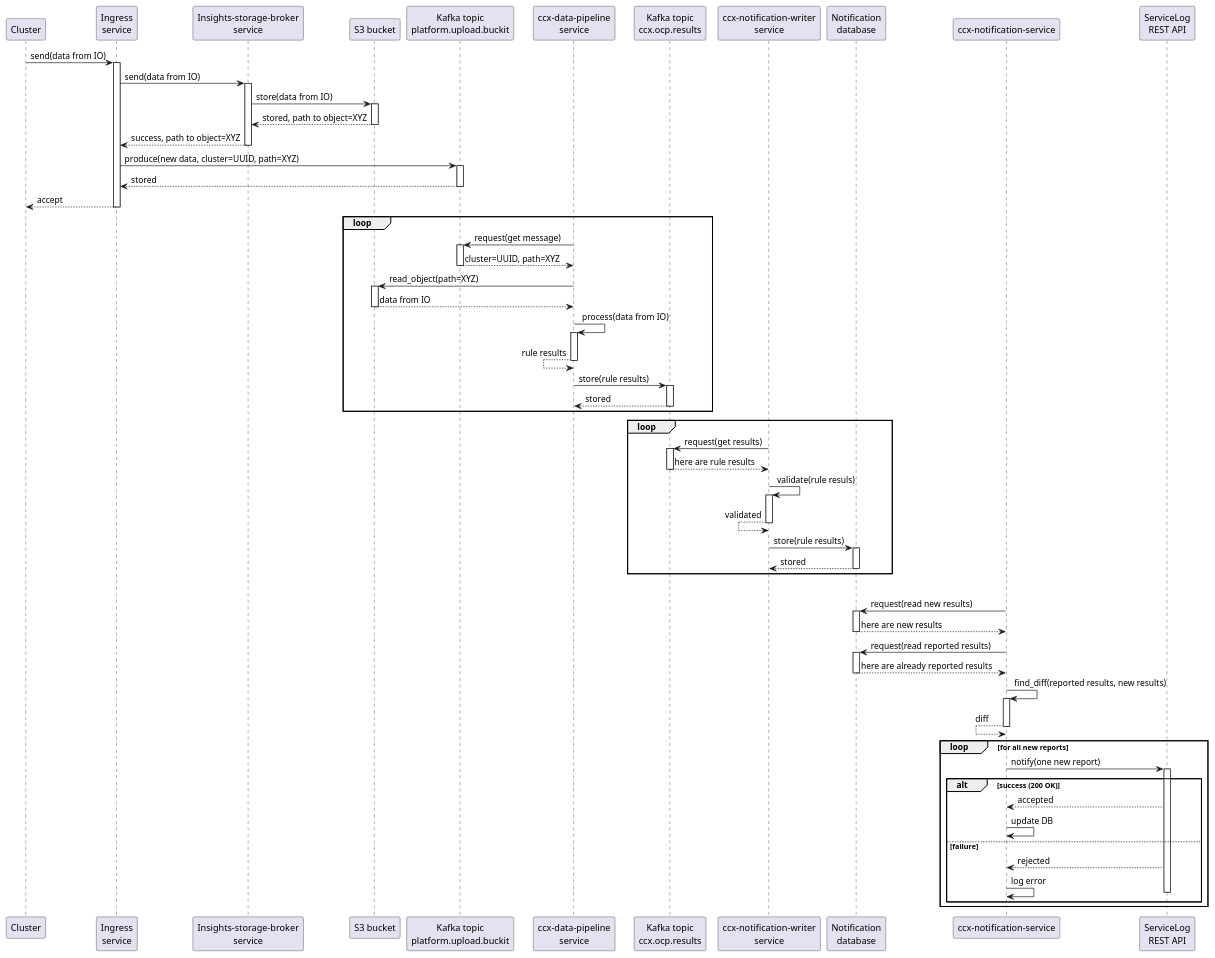
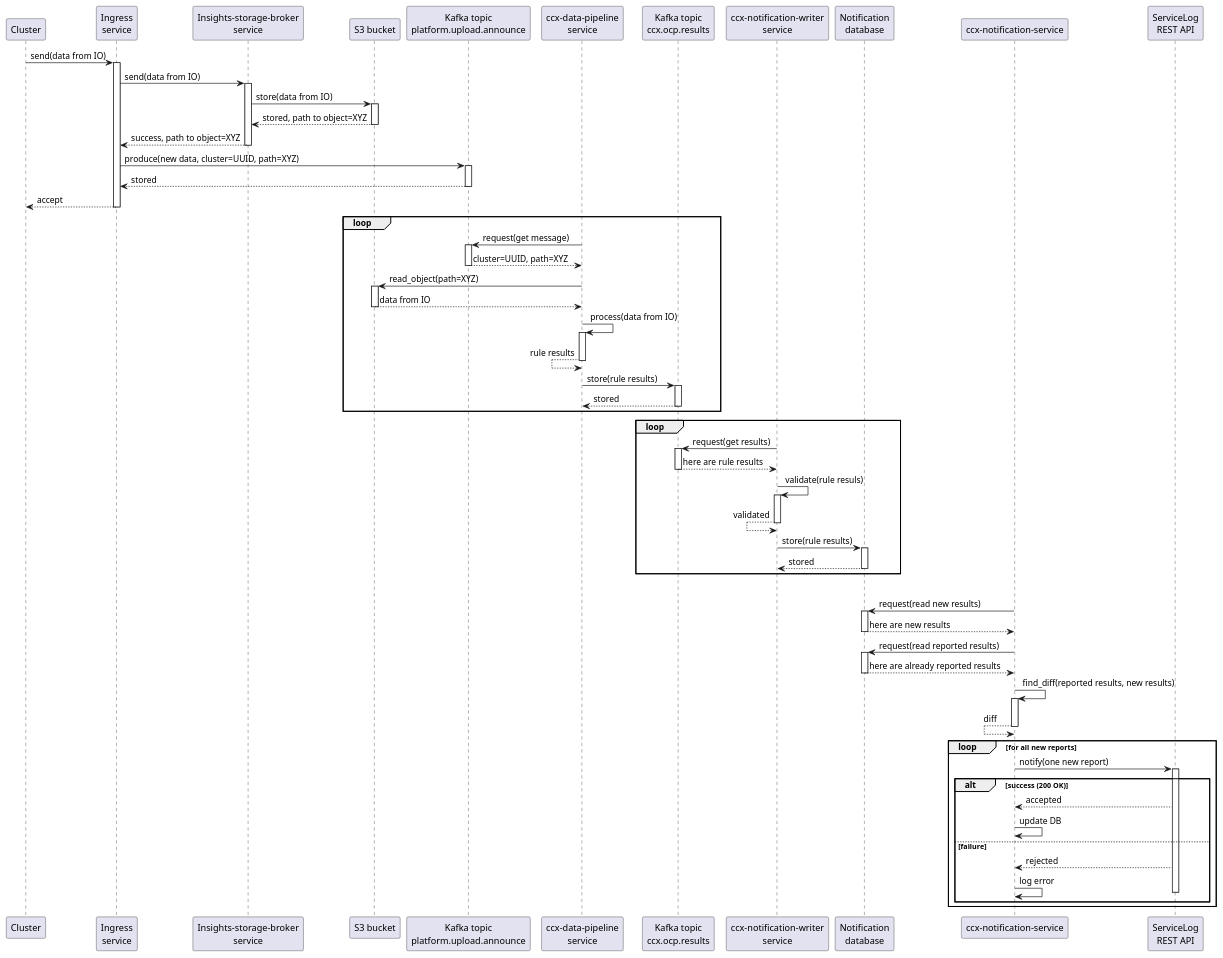
One commit to RedHatInsights/ccx-notification-service changed the diagram in docs/sequence_diagram_service_log.puml. Above: the diagram before and after it, drawn with PlantUML. The commit also changed 14 other files, not shown here.

Commit message:
Upload references to platform.upload.buckit in docs

```diff
--- a/docs/sequence_diagram_service_log.puml
+++ b/docs/sequence_diagram_service_log.puml
@@ -1,87 +1,87 @@
 @startuml
 participant Cluster
 participant "Ingress\nservice"
 participant "Insights-storage-broker\nservice"
 participant "S3 bucket"
-participant "Kafka topic\nplatform.upload.buckit"
+participant "Kafka topic\nplatform.upload.announce"
 participant "ccx-data-pipeline\nservice"
 participant "Kafka topic\nccx.ocp.results"
 participant "ccx-notification-writer\nservice"
 participant "Notification\ndatabase"
 participant "ccx-notification-service"
 participant "ServiceLog\nREST API"
 
 Cluster -> "Ingress\nservice" : send(data from IO)
 activate "Ingress\nservice"
 "Ingress\nservice" -> "Insights-storage-broker\nservice" : send(data from IO)
 activate "Insights-storage-broker\nservice"
 "Insights-storage-broker\nservice" -> "S3 bucket" : store(data from IO)
 activate "S3 bucket"
 "Insights-storage-broker\nservice" <-- "S3 bucket": stored, path to object=XYZ
 deactivate "S3 bucket"
 "Ingress\nservice" <-- "Insights-storage-broker\nservice": success, path to object=XYZ
 deactivate "Insights-storage-broker\nservice"
-"Ingress\nservice" -> "Kafka topic\nplatform.upload.buckit" : produce(new data, cluster=UUID, path=XYZ)
-activate "Kafka topic\nplatform.upload.buckit"
-"Ingress\nservice" <-- "Kafka topic\nplatform.upload.buckit": stored
-deactivate "Kafka topic\nplatform.upload.buckit"
+"Ingress\nservice" -> "Kafka topic\nplatform.upload.announce" : produce(new data, cluster=UUID, path=XYZ)
+activate "Kafka topic\nplatform.upload.announce"
+"Ingress\nservice" <-- "Kafka topic\nplatform.upload.announce": stored
+deactivate "Kafka topic\nplatform.upload.announce"
 Cluster <-- "Ingress\nservice": accept
 deactivate "Ingress\nservice"
 loop
-"ccx-data-pipeline\nservice" -> "Kafka topic\nplatform.upload.buckit" : request(get message)
-activate "Kafka topic\nplatform.upload.buckit"
-"ccx-data-pipeline\nservice" <-- "Kafka topic\nplatform.upload.buckit": cluster=UUID, path=XYZ
-deactivate "Kafka topic\nplatform.upload.buckit"
+"ccx-data-pipeline\nservice" -> "Kafka topic\nplatform.upload.announce" : request(get message)
+activate "Kafka topic\nplatform.upload.announce"
+"ccx-data-pipeline\nservice" <-- "Kafka topic\nplatform.upload.announce": cluster=UUID, path=XYZ
+deactivate "Kafka topic\nplatform.upload.announce"
 "ccx-data-pipeline\nservice" -> "S3 bucket" : read_object(path=XYZ)
 activate "S3 bucket"
 "ccx-data-pipeline\nservice" <-- "S3 bucket": data from IO
 deactivate "S3 bucket"
 "ccx-data-pipeline\nservice" -> "ccx-data-pipeline\nservice" : process(data from IO)
 activate "ccx-data-pipeline\nservice"
 "ccx-data-pipeline\nservice" <-- "ccx-data-pipeline\nservice": rule results
 deactivate "ccx-data-pipeline\nservice"
 "ccx-data-pipeline\nservice" -> "Kafka topic\nccx.ocp.results" : store(rule results)
 activate "Kafka topic\nccx.ocp.results"
 "ccx-data-pipeline\nservice" <-- "Kafka topic\nccx.ocp.results": stored
 deactivate "Kafka topic\nccx.ocp.results"
 end
 loop
 "ccx-notification-writer\nservice" -> "Kafka topic\nccx.ocp.results" : request(get results)
 activate "Kafka topic\nccx.ocp.results"
 "ccx-notification-writer\nservice" <-- "Kafka topic\nccx.ocp.results": here are rule results
 deactivate "Kafka topic\nccx.ocp.results"
 "ccx-notification-writer\nservice" -> "ccx-notification-writer\nservice" : validate(rule resuls)
 activate "ccx-notification-writer\nservice"
 "ccx-notification-writer\nservice" <-- "ccx-notification-writer\nservice": validated
 deactivate "ccx-notification-writer\nservice"
 "ccx-notification-writer\nservice" -> "Notification\ndatabase" : store(rule results)
 activate "Notification\ndatabase"
 "ccx-notification-writer\nservice" <-- "Notification\ndatabase": stored
 deactivate "Notification\ndatabase"
 end
 loop
 "ccx-notification-service" -> "Notification\ndatabase" : request(read new results)
 activate "Notification\ndatabase"
 "ccx-notification-service" <-- "Notification\ndatabase": here are new results
 deactivate "Notification\ndatabase"
 "ccx-notification-service" -> "Notification\ndatabase" : request(read reported results)
 activate "Notification\ndatabase"
 "ccx-notification-service" <-- "Notification\ndatabase": here are already reported results
 deactivate "Notification\ndatabase"
 "ccx-notification-service" -> "ccx-notification-service" : find_diff(reported results, new results)
 activate "ccx-notification-service"
 "ccx-notification-service" <-- "ccx-notification-service": diff
 deactivate "ccx-notification-service"
 loop for all new reports
 "ccx-notification-service" -> "ServiceLog\nREST API" : notify(one new report)
 activate "ServiceLog\nREST API"
 alt success (200 OK)
 "ccx-notification-service" <-- "ServiceLog\nREST API": accepted
 "ccx-notification-service" -> "ccx-notification-service": update DB
 else failure
 "ccx-notification-service" <-- "ServiceLog\nREST API": rejected
 "ccx-notification-service" -> "ccx-notification-service": log error
 deactivate "ServiceLog\nREST API"
 end
 end
 @enduml
```
